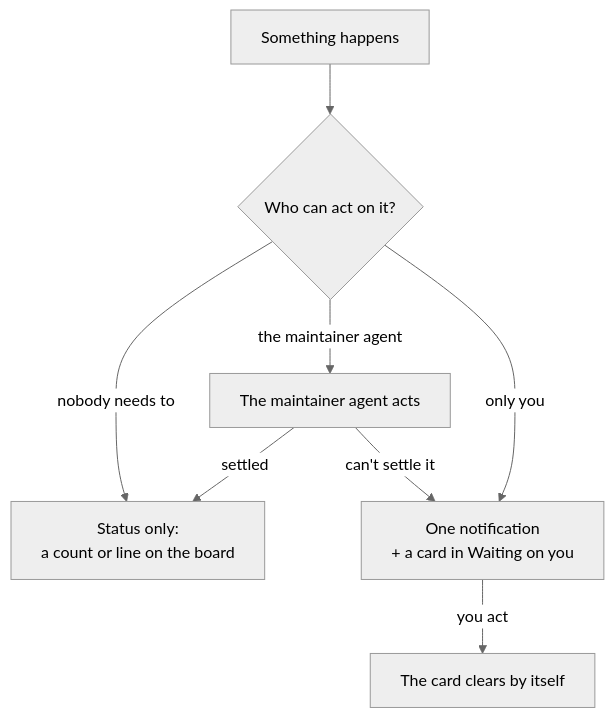
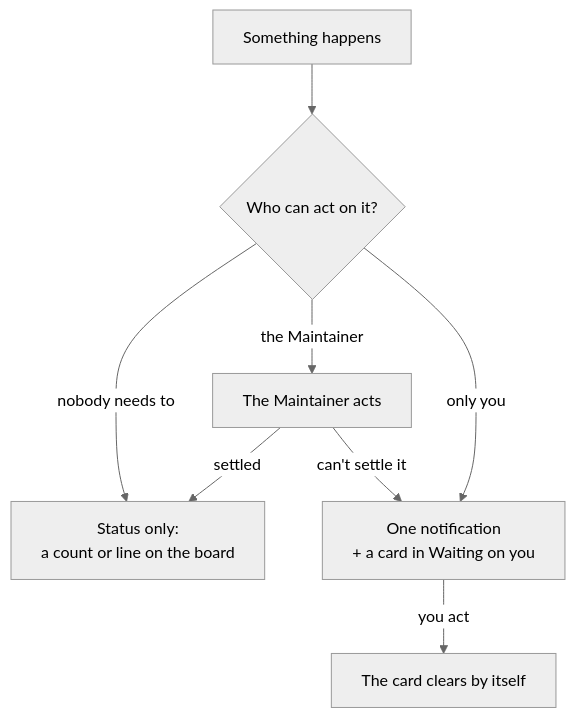
One commit to shinyredapples/intakt changed the third of 3 diagrams in docs/guide/a-tour-of-the-dashboard.md. Above: the diagram before and after it, drawn with Mermaid (neutral theme). The commit also changed other lines of this file and 22 other files, not shown here.

````diff
--- a/docs/guide/a-tour-of-the-dashboard.md
+++ b/docs/guide/a-tour-of-the-dashboard.md
@@ -111,10 +111,10 @@
 ```mermaid
 flowchart TD
   e[Something happens] --> q{Who can act on it?}
   q -- nobody needs to --> s[Status only:<br/>a count or line on the board]
-  q -- the maintainer agent --> m[The maintainer agent acts]
+  q -- the Maintainer --> m[The Maintainer acts]
   m -- settled --> s
   m -- "can't settle it" --> o
   q -- only you --> o[One notification<br/>+ a card in Waiting on you]
   o -- you act --> d[The card clears by itself]
 ```
````
